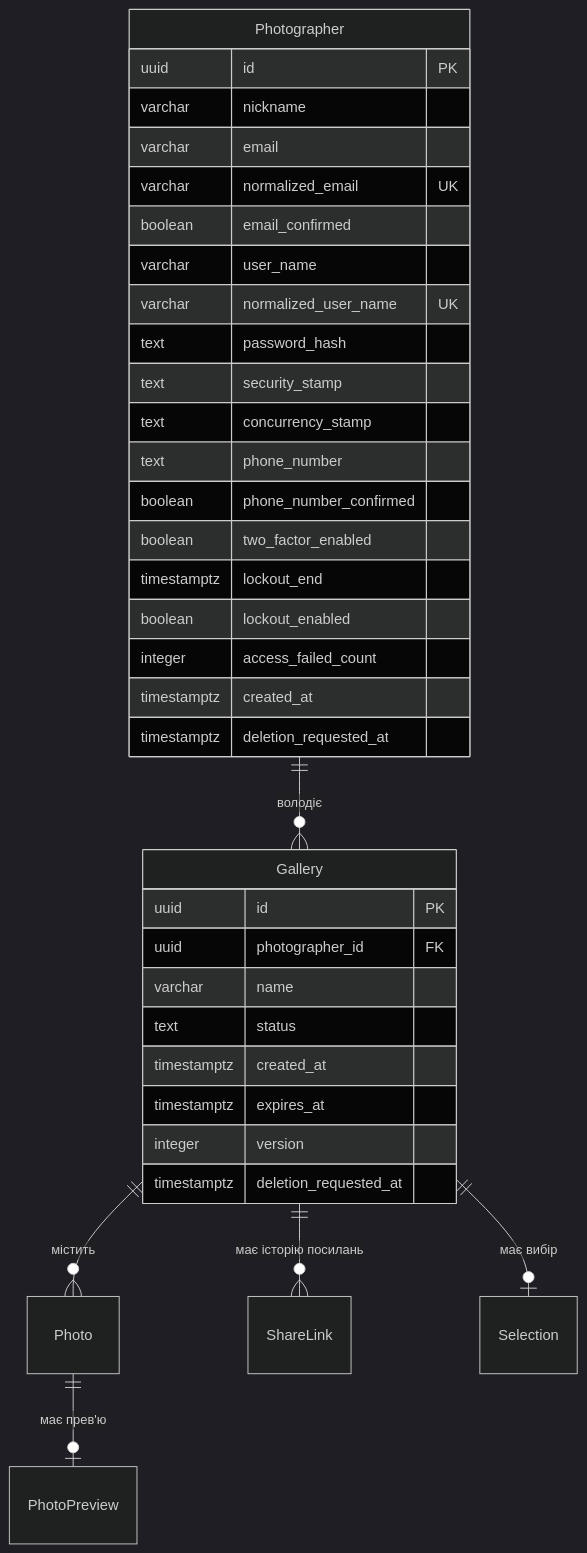
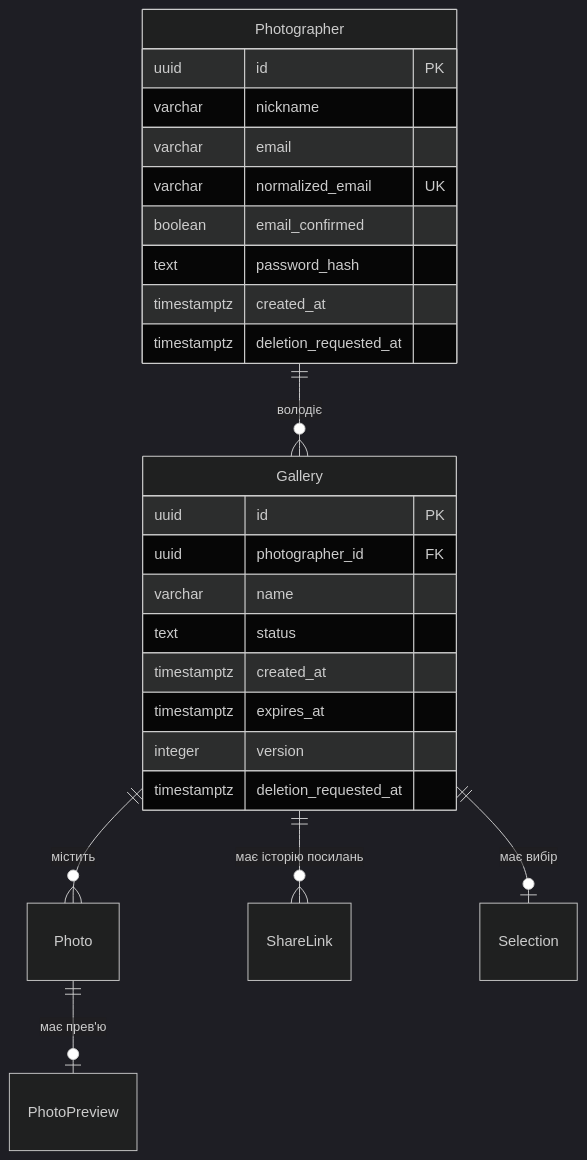
Before and after one commit to alonasaienko/picpick: the diagram in docs/07-data-model/entities-zone-a.md, drawn with Mermaid (dark theme). The commit also changed other lines of this file and 1 other file, not shown here.

Commit message:
docs(data): align consensus with ADR-003 and simplify ER

````diff
--- a/docs/07-data-model/entities-zone-a.md
+++ b/docs/07-data-model/entities-zone-a.md
@@ -85,39 +85,29 @@
 ```mermaid
 erDiagram
     Photographer ||--o{ Gallery : "володіє"
     Gallery ||--o{ Photo : "містить"
     Photo ||--o| PhotoPreview : "має прев'ю"
     Gallery ||--o{ ShareLink : "має історію посилань"
     Gallery ||--o| Selection : "має вибір"
 
     Photographer {
         uuid id PK
         varchar nickname
         varchar email
         varchar normalized_email UK
         boolean email_confirmed
-        varchar user_name
-        varchar normalized_user_name UK
         text password_hash
-        text security_stamp
-        text concurrency_stamp
-        text phone_number
-        boolean phone_number_confirmed
-        boolean two_factor_enabled
-        timestamptz lockout_end
-        boolean lockout_enabled
-        integer access_failed_count
         timestamptz created_at
         timestamptz deletion_requested_at
     }
     Gallery {
         uuid id PK
         uuid photographer_id FK
         varchar name
         text status
         timestamptz created_at
         timestamptz expires_at
         integer version
         timestamptz deletion_requested_at
     }
 ```
````
